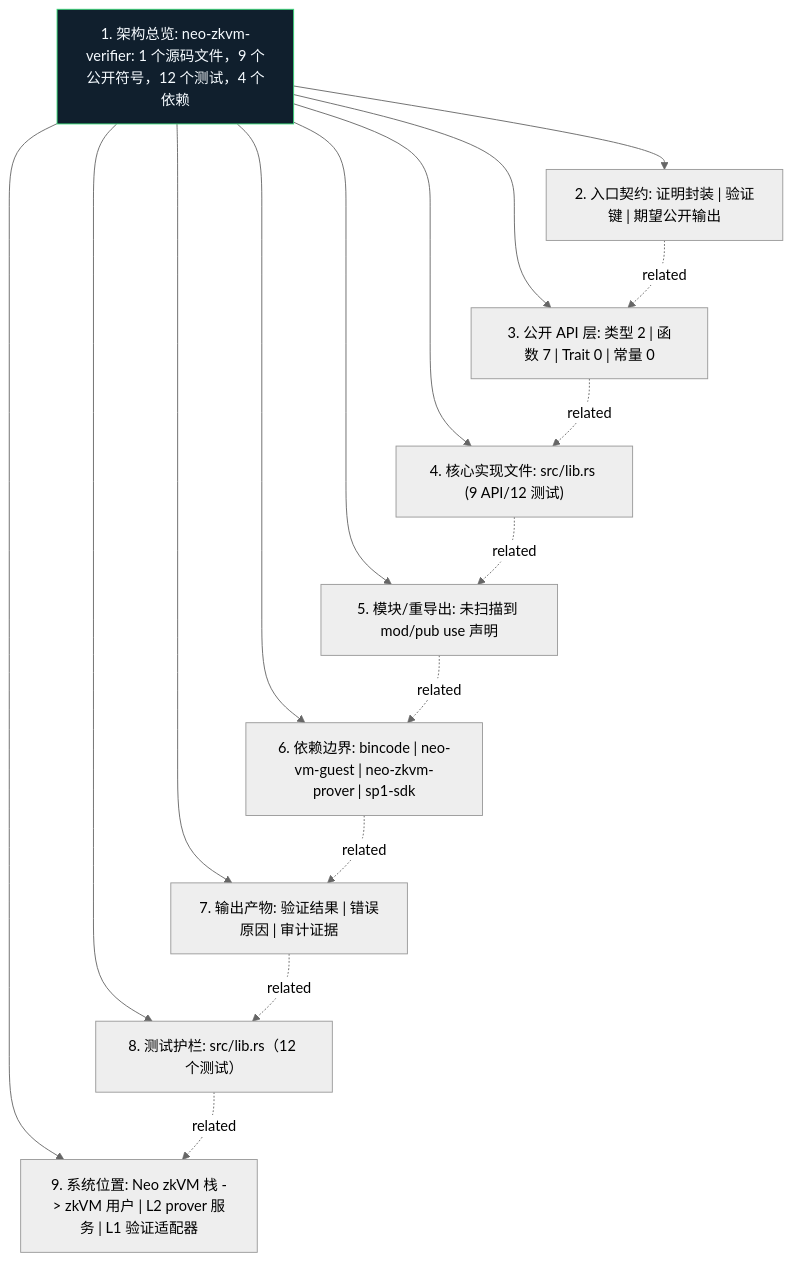
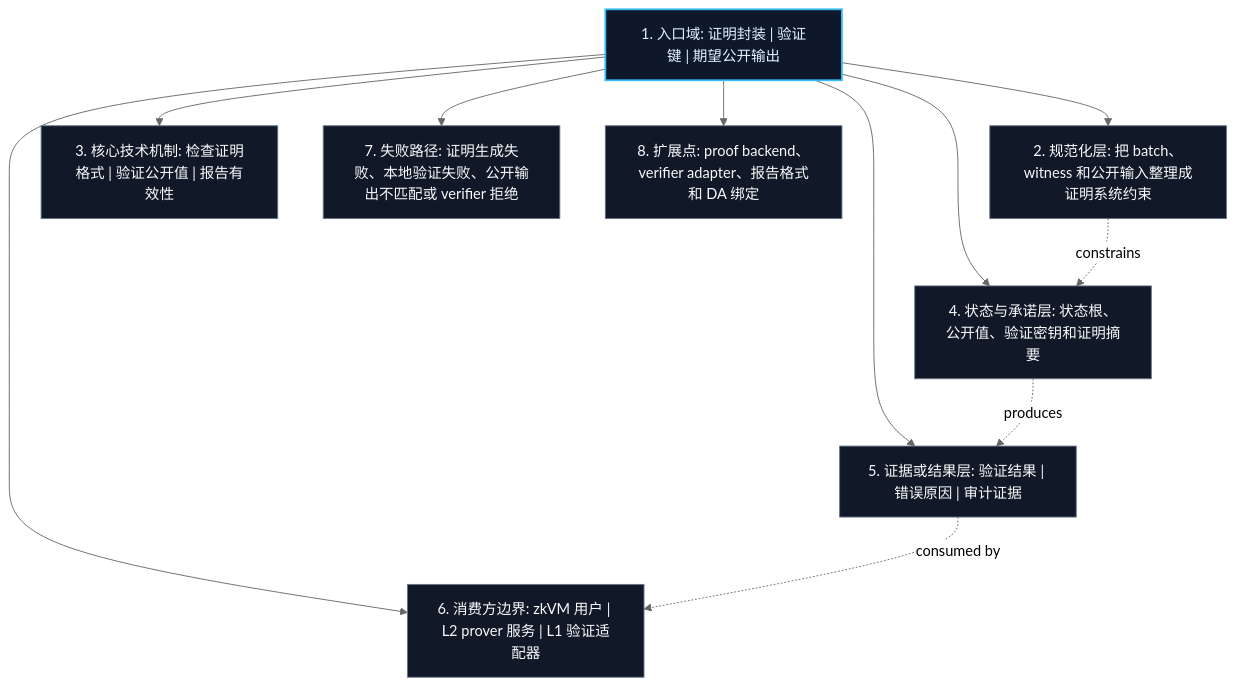
Before and after one commit to r3e-network/neo-zkvm: the diagram in crates/neo-zkvm-verifier/docs/figures/architecture.zh.mmd, drawn with Mermaid (neutral theme). The commit also changed 447 other files, not shown here.

Commit message:
Replace crate diagrams with technical views

```diff
--- a/crates/neo-zkvm-verifier/docs/figures/architecture.zh.mmd
+++ b/crates/neo-zkvm-verifier/docs/figures/architecture.zh.mmd
@@ -1,27 +1,23 @@
 flowchart TB
-    N1["1. 架构总览: neo-zkvm-verifier: 1 个源码文件，9 个公开符号，12 个测试，4 个依赖"]
-    N2["2. 入口契约: 证明封装 | 验证键 | 期望公开输出"]
-    N3["3. 公开 API 层: 类型 2 | 函数 7 | Trait 0 | 常量 0"]
-    N4["4. 核心实现文件: src/lib.rs (9 API/12 测试)"]
-    N5["5. 模块/重导出: 未扫描到 mod/pub use 声明"]
-    N6["6. 依赖边界: bincode | neo-vm-guest | neo-zkvm-prover | sp1-sdk"]
-    N7["7. 输出产物: 验证结果 | 错误原因 | 审计证据"]
-    N8["8. 测试护栏: src/lib.rs（12 个测试）"]
-    N9["9. 系统位置: Neo zkVM 栈 -> zkVM 用户 | L2 prover 服务 | L1 验证适配器"]
+    N1["1. 入口域: 证明封装 | 验证键 | 期望公开输出"]
+    N2["2. 规范化层: 把 batch、witness 和公开输入整理成证明系统约束"]
+    N3["3. 核心技术机制: 检查证明格式 | 验证公开值 | 报告有效性"]
+    N4["4. 状态与承诺层: 状态根、公开值、验证密钥和证明摘要"]
+    N5["5. 证据或结果层: 验证结果 | 错误原因 | 审计证据"]
+    N6["6. 消费方边界: zkVM 用户 | L2 prover 服务 | L1 验证适配器"]
+    N7["7. 失败路径: 证明生成失败、本地验证失败、公开输出不匹配或 verifier 拒绝"]
+    N8["8. 扩展点: proof backend、verifier adapter、报告格式和 DA 绑定"]
     N1 --> N2
     N1 --> N3
     N1 --> N4
     N1 --> N5
     N1 --> N6
     N1 --> N7
     N1 --> N8
-    N1 --> N9
-    N2 -. related .-> N3
-    N3 -. related .-> N4
-    N4 -. related .-> N5
-    N5 -. related .-> N6
-    N6 -. related .-> N7
-    N7 -. related .-> N8
-    N8 -. related .-> N9
-    classDef crate fill:#101f2d,stroke:#38d978,color:#f6fbff
-    class N1 crate
+    N2 -. constrains .-> N4
+    N4 -. produces .-> N5
+    N5 -. consumed by .-> N6
+    classDef core fill:#0f172a,stroke:#38bdf8,color:#e5f2ff,stroke-width:2px;
+    classDef support fill:#111827,stroke:#64748b,color:#f8fafc;
+    class N1 core;
+    class N2,N3,N4,N5,N6,N7,N8 support;
```
